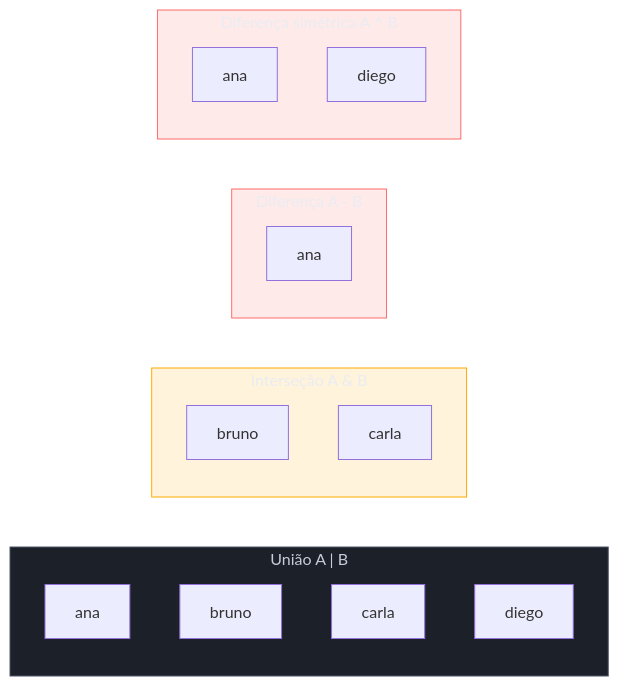
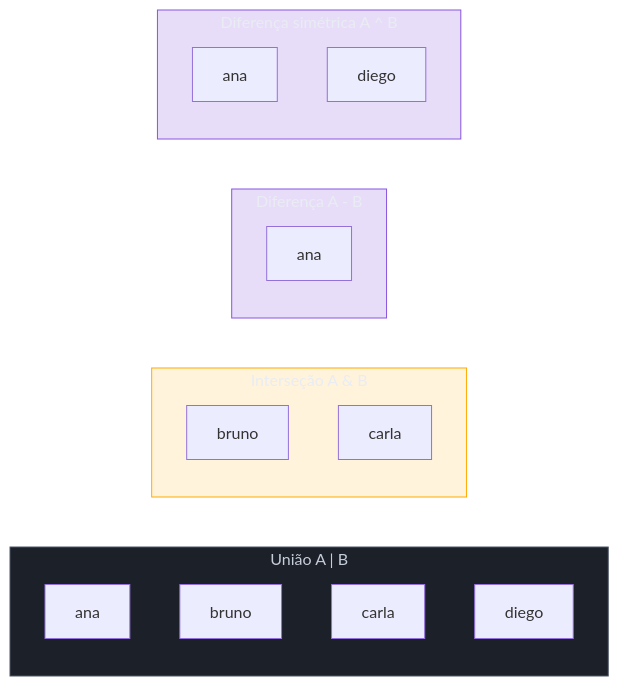
Before and after one commit to josenaldo/codex-technomanticus: the first of 2 diagrams in 03-Dominios/Tecnologia/Python/Collections e Comprehensions/04 - Sets.md, drawn with Mermaid. The commit also changed other lines of this file and 601 other files, not shown here.

````diff
--- a/03-Dominios/Tecnologia/Python/Collections e Comprehensions/04 - Sets.md
+++ b/03-Dominios/Tecnologia/Python/Collections e Comprehensions/04 - Sets.md
@@ -134,27 +134,27 @@
 ```mermaid
 flowchart LR
+    classDef marca fill:#8855DF33,stroke:#8855DF,color:#E9ECF2
     classDef neutro fill:#1B2029,stroke:#4E5666,color:#C6CCD8
     classDef destaque fill:#FFAA0024,stroke:#FFAA00,color:#E9ECF2
-    classDef falha fill:#FF6B6B24,stroke:#FF6B6B,color:#E9ECF2
     subgraph Uniao["União A | B"]
         direction TB
         U1["ana"] & U2["bruno"] & U3["carla"] & U4["diego"]
     end
     subgraph Intersecao["Interseção A & B"]
         direction TB
         I1["bruno"] & I2["carla"]
     end
     subgraph Diferenca["Diferença A - B"]
         direction TB
         D1["ana"]
     end
     subgraph DifSimetrica["Diferença simétrica A ^ B"]
         direction TB
         S1["ana"] & S2["diego"]
     end
 
     class Uniao neutro
     class Intersecao destaque
-    class Diferenca falha
-    class DifSimetrica falha
+    class Diferenca marca
+    class DifSimetrica marca
 ```
````
